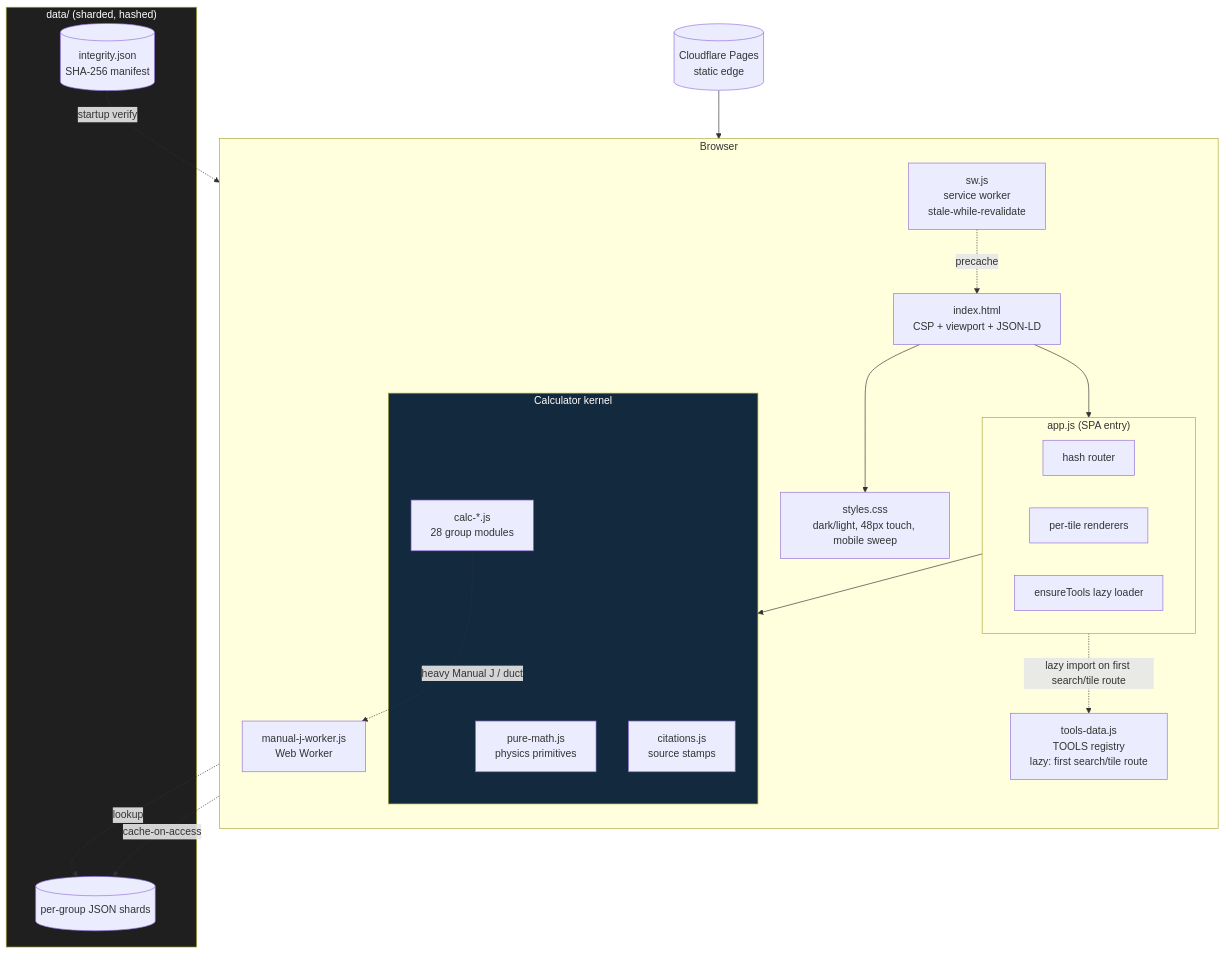
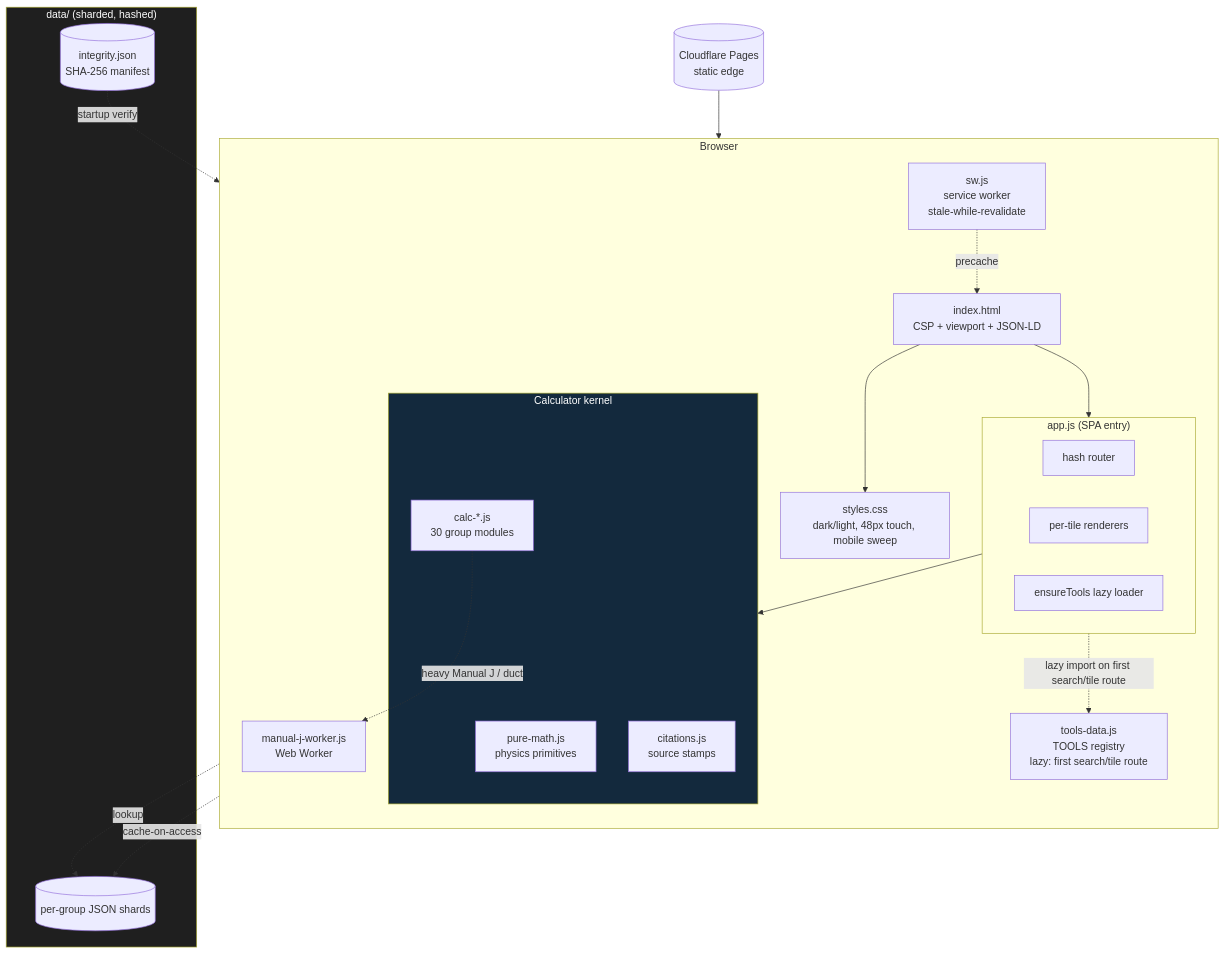
The second of 6 diagrams in README.md (clay-good/roughlogic.com), drawn with Mermaid before and after one commit. The commit also changed other lines of this file and 5 other files, not shown here.

````diff
--- a/README.md
+++ b/README.md
@@ -77,39 +77,39 @@
 ```mermaid
 flowchart TB
     subgraph Browser
         direction TB
         HTML[index.html\nCSP + viewport + JSON-LD]
         CSS[styles.css\ndark/light, 48px touch, mobile sweep]
         subgraph App["app.js (SPA entry)"]
             ROUTE[hash router]
             RENDER[per-tile renderers]
             ENSURE[ensureTools lazy loader]
         end
         TOOLS[tools-data.js\nTOOLS registry\nlazy: first search/tile route]
         subgraph Calc["Calculator kernel"]
             PM[pure-math.js\nphysics primitives]
-            CALC[calc-*.js\n28 group modules]
+            CALC[calc-*.js\n30 group modules]
             CIT[citations.js\nsource stamps]
         end
         SW[sw.js\nservice worker\nstale-while-revalidate]
         WORKER[manual-j-worker.js\nWeb Worker]
     end
     subgraph Data["data/ (sharded, hashed)"]
         SHARDS[(per-group JSON shards)]
         INTEG[(integrity.json\nSHA-256 manifest)]
     end
     CDN[(Cloudflare Pages\nstatic edge)]
 
     CDN --> HTML
     HTML --> CSS
     HTML --> App
     App -.lazy import on first search/tile route.-> TOOLS
     App --> Calc
     CALC -.->|heavy Manual J / duct| WORKER
     CALC -.->|lookup| SHARDS
     SW -.precache.-> HTML
     SW -.cache-on-access.-> SHARDS
     INTEG -.startup verify.-> App
     style Calc fill:#13293d,color:#fff
     style Data fill:#1f1f1f,color:#fff
 ```
````
